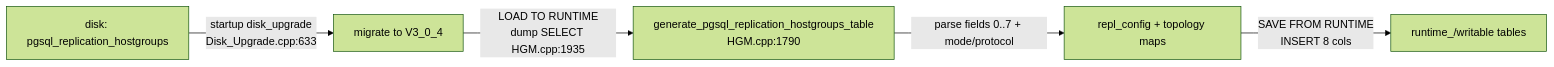
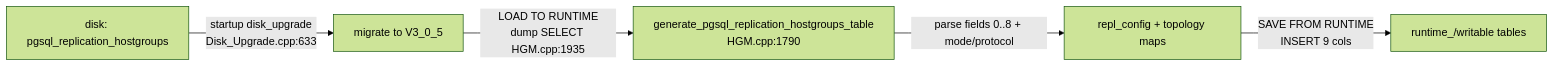
One commit to awide-labs/polar-proxy changed the fourth of 4 diagrams in doc/polardb-arch/04-ADMIN-SCHEMA-AND-CONFIG.md. Above: the diagram before and after it, drawn with Mermaid (forest theme). The commit also changed other lines of this file and 21 other files, not shown here.

````diff
--- a/doc/polardb-arch/04-ADMIN-SCHEMA-AND-CONFIG.md
+++ b/doc/polardb-arch/04-ADMIN-SCHEMA-AND-CONFIG.md
@@ -578,7 +584,7 @@
 ```mermaid
 flowchart LR
-    DISK["disk: pgsql_replication_hostgroups"] -->|startup disk_upgrade\nDisk_Upgrade.cpp:633| MIG["migrate to V3_0_4"]
+    DISK["disk: pgsql_replication_hostgroups"] -->|startup disk_upgrade\nDisk_Upgrade.cpp:633| MIG["migrate to V3_0_5"]
     MIG -->|LOAD TO RUNTIME\ndump SELECT HGM.cpp:1935| PARSE["generate_pgsql_replication_hostgroups_table\nHGM.cpp:1790"]
-    PARSE -->|parse fields 0..7 + mode/protocol| RC["repl_config + topology maps"]
-    RC -->|SAVE FROM RUNTIME\nINSERT 8 cols| RT["runtime_/writable tables"]
+    PARSE -->|parse fields 0..8 + mode/protocol| RC["repl_config + topology maps"]
+    RC -->|SAVE FROM RUNTIME\nINSERT 9 cols| RT["runtime_/writable tables"]
 ```
````
